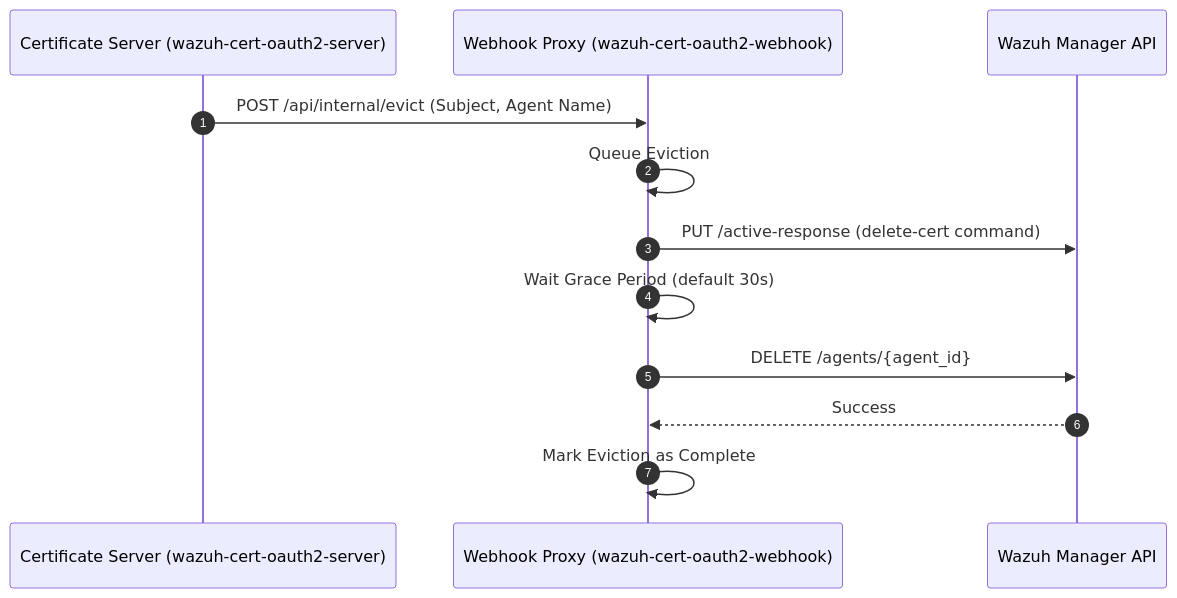
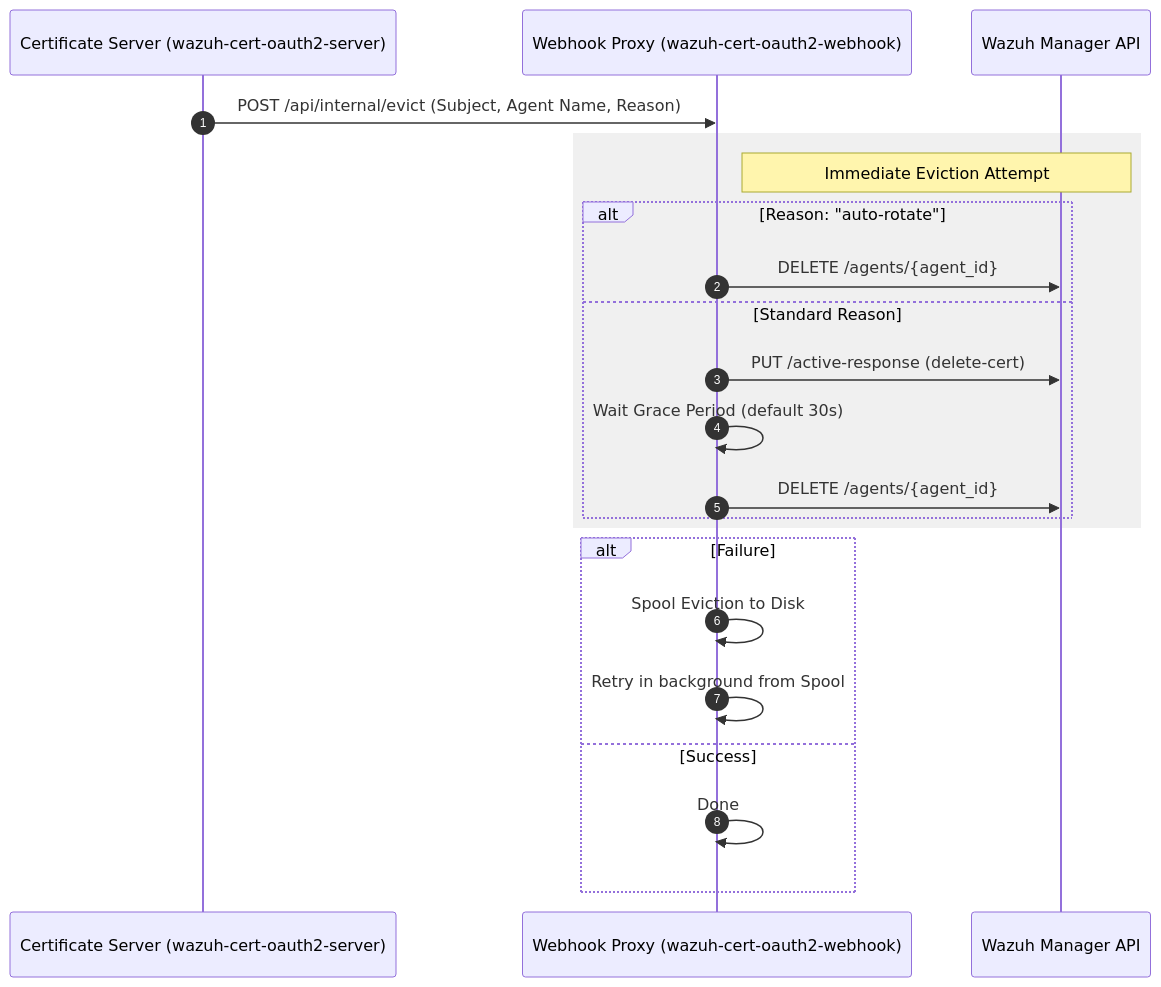
Before and after one commit to ADORSYS-GIS/wazuh-cert-oauth2: the fifth of 5 diagrams in docs/architecture.md, drawn with Mermaid. The commit also changed other lines of this file, not shown here.

Commit message:
docs: update architecture to match current implementation

````diff
--- a/docs/architecture.md
+++ b/docs/architecture.md
@@ -119,17 +143,29 @@
 ```mermaid
 sequenceDiagram
     autonumber
 
     participant Server as Certificate Server (wazuh-cert-oauth2-server)
     participant Webhook as Webhook Proxy (wazuh-cert-oauth2-webhook)
     participant Wazuh as Wazuh Manager API
 
-    Server->>Webhook: POST /api/internal/evict (Subject, Agent Name)
-    Webhook->>Webhook: Queue Eviction
-    Webhook->>Wazuh: PUT /active-response (delete-cert command)
-    Webhook->>Webhook: Wait Grace Period (default 30s)
-    Webhook->>Wazuh: DELETE /agents/{agent_id}
+    Server->>Webhook: POST /api/internal/evict (Subject, Agent Name, Reason)
     
-    Wazuh-->>Webhook: Success
-    Webhook->>Webhook: Mark Eviction as Complete
+    rect rgb(240, 240, 240)
+    Note right of Webhook: Immediate Eviction Attempt
+    
+    alt Reason: "auto-rotate"
+        Webhook->>Wazuh: DELETE /agents/{agent_id}
+    else Standard Reason
+        Webhook->>Wazuh: PUT /active-response (delete-cert)
+        Webhook->>Webhook: Wait Grace Period (default 30s)
+        Webhook->>Wazuh: DELETE /agents/{agent_id}
+    end
+    end
+
+    alt Failure
+        Webhook->>Webhook: Spool Eviction to Disk
+        Webhook->>Webhook: Retry in background from Spool
+    else Success
+        Webhook->>Webhook: Done
+    end
 ```
````
